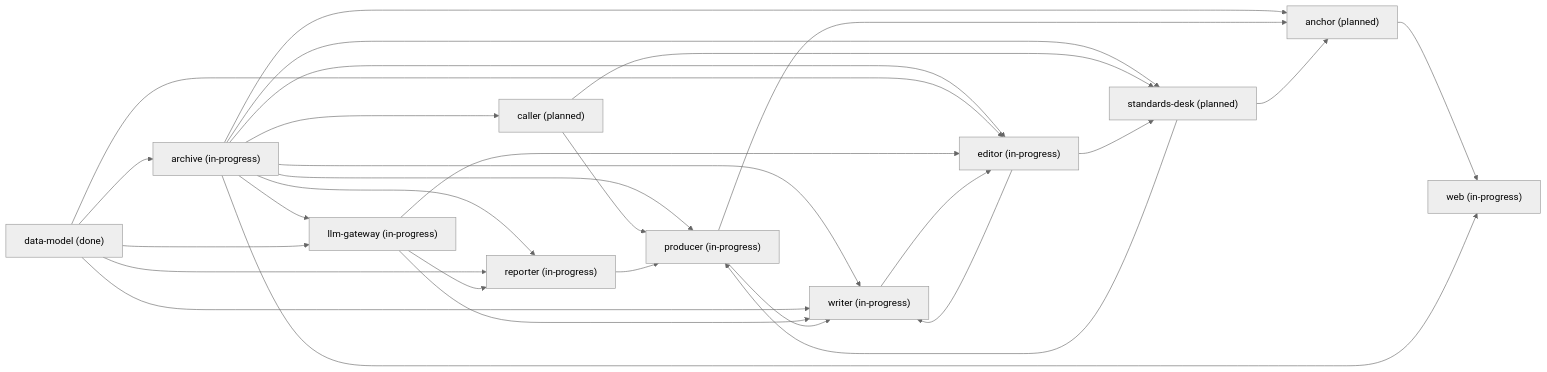
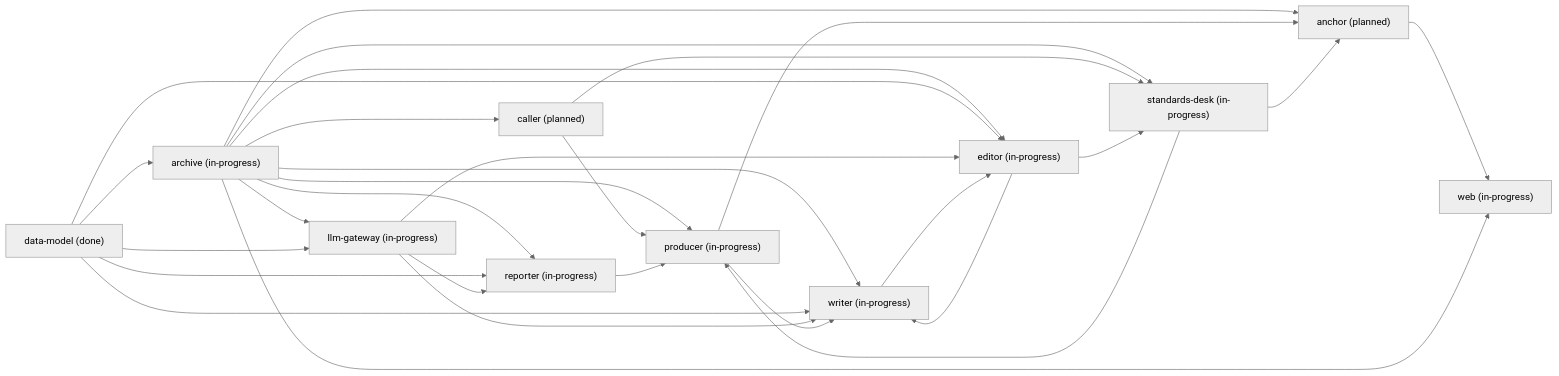
The diagram in context/GRAPH.md (Yadnu/newsroom), drawn with Mermaid (neutral theme) before and after one commit. The commit also changed other lines of this file and 13 other files, not shown here.

Commit message:
standards-desk: clear_for_air() with deterministic air rules and an unforgeable ClearedScript (task 4.1)

````diff
--- a/context/GRAPH.md
+++ b/context/GRAPH.md
@@ -30,42 +30,42 @@
 ```mermaid
 flowchart LR
   anchor["anchor (planned)"]
   archive["archive (in-progress)"]
   caller["caller (planned)"]
   data_model["data-model (done)"]
   editor["editor (in-progress)"]
   llm_gateway["llm-gateway (in-progress)"]
   producer["producer (in-progress)"]
   reporter["reporter (in-progress)"]
-  standards_desk["standards-desk (planned)"]
+  standards_desk["standards-desk (in-progress)"]
   web["web (in-progress)"]
   writer["writer (in-progress)"]
   anchor --> web
   archive --> anchor
   archive --> caller
   archive --> editor
   archive --> llm_gateway
   archive --> producer
   archive --> reporter
   archive --> standards_desk
   archive --> web
   archive --> writer
   caller --> producer
   caller --> standards_desk
   data_model --> archive
   data_model --> editor
   data_model --> llm_gateway
   data_model --> reporter
   data_model --> writer
   editor --> standards_desk
   editor --> writer
   llm_gateway --> editor
   llm_gateway --> reporter
   llm_gateway --> writer
   producer --> anchor
   producer --> writer
   reporter --> producer
   standards_desk --> anchor
   standards_desk --> producer
   writer --> editor
 ```
````
